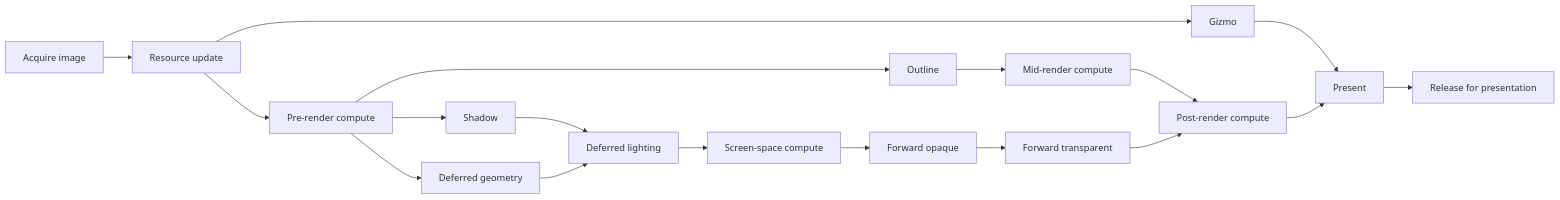
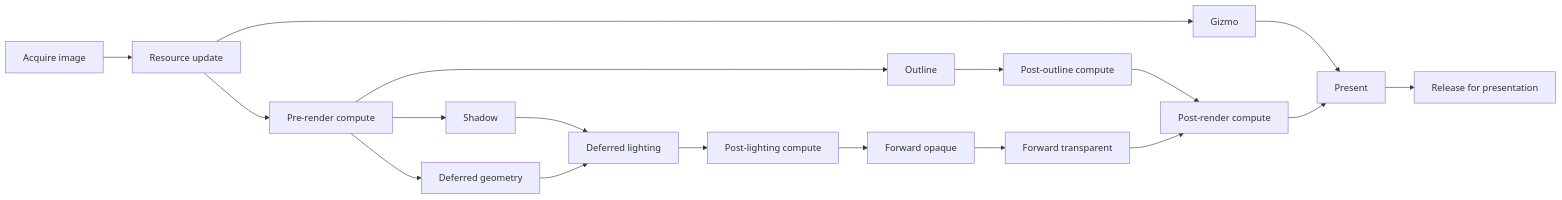
One commit to Tom-Olsen/Ember changed the diagram in website/content/documentation/vulkan-renderer/frame-lifecycle.md. Above: the diagram before and after it, drawn with Mermaid. The commit also changed 23 other files, not shown here.

Commit message:
Renamed midRenderCompute to postOutlineCompute and scnreenSpaceCOmpute to postLightingCompute.

````diff
--- a/website/content/documentation/vulkan-renderer/frame-lifecycle.md
+++ b/website/content/documentation/vulkan-renderer/frame-lifecycle.md
@@ -19,24 +19,24 @@
 ```mermaid
 flowchart LR
     Acquire[Acquire image] --> Update[Resource update]
 
     Update --> Gizmo[Gizmo]
     Gizmo --> Present[Present]
 
     Update --> Pre[Pre-render compute]
     Pre --> Outline[Outline]
-    Outline --> Mid[Mid-render compute]
-    Mid --> Post[Post-render compute]
+    Outline --> PostOutline[Post-outline compute]
+    PostOutline --> Post[Post-render compute]
 
     Pre --> Shadow[Shadow]
     Pre --> Geometry[Deferred geometry]
     Shadow --> Lighting[Deferred lighting]
     Geometry --> Lighting
-    Lighting --> Screen[Screen-space compute]
-    Screen --> Opaque[Forward opaque]
+    Lighting --> PostLighting[Post-lighting compute]
+    PostLighting --> Opaque[Forward opaque]
     Opaque --> Transparent[Forward transparent]
     Transparent --> Post
 
     Post --> Present
     Present --> Release[Release for presentation]
 ```
````
